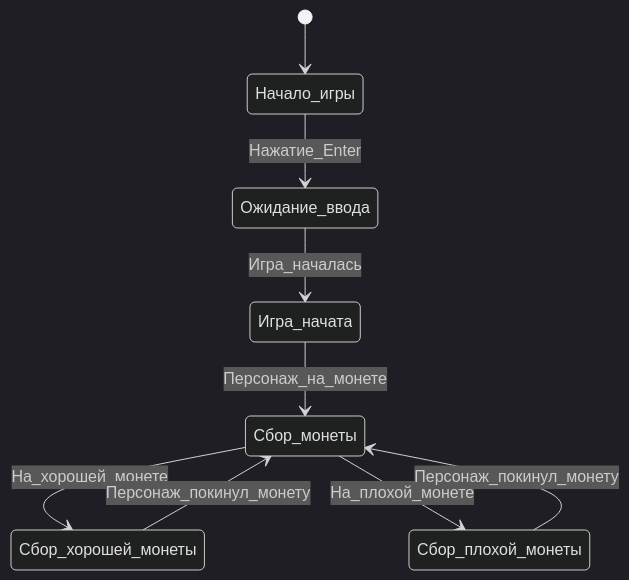
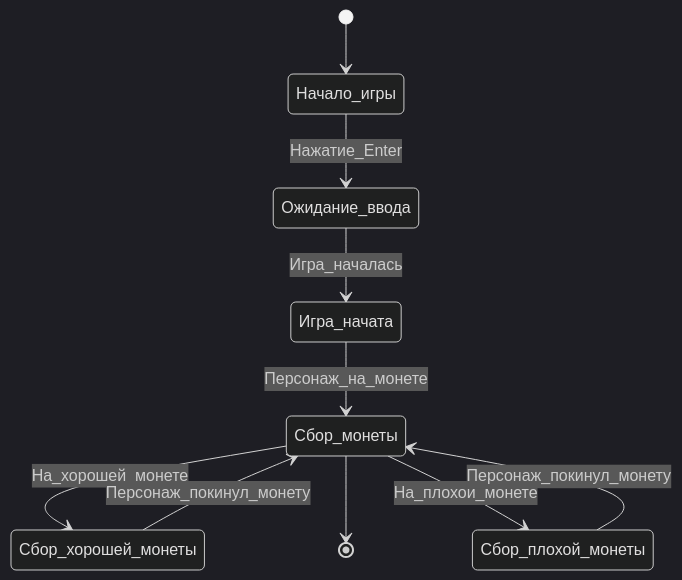
Before and after one commit to ArinaTolpa/Lab1.2: the third of 4 diagrams in docs/behavior.md, drawn with Mermaid (dark theme). The commit also changed other lines of this file, not shown here.

````diff
--- a/docs/behavior.md
+++ b/docs/behavior.md
@@ -26,11 +45,12 @@
 ```mermaid
 stateDiagram
     [*] --> Начало_игры
     Начало_игры --> Ожидание_ввода: Нажатие_Enter
     Ожидание_ввода --> Игра_начата: Игра_началась
     Игра_начата --> Сбор_монеты: Персонаж_на_монете
     Сбор_монеты --> Сбор_хорошей_монеты: На_хорошей_монете
+    Сбор_монеты --> [*]
     Сбор_монеты --> Сбор_плохой_монеты: На_плохой_монете
     Сбор_хорошей_монеты --> Сбор_монеты: Персонаж_покинул_монету
     Сбор_плохой_монеты --> Сбор_монеты: Персонаж_покинул_монету
 ```
````
